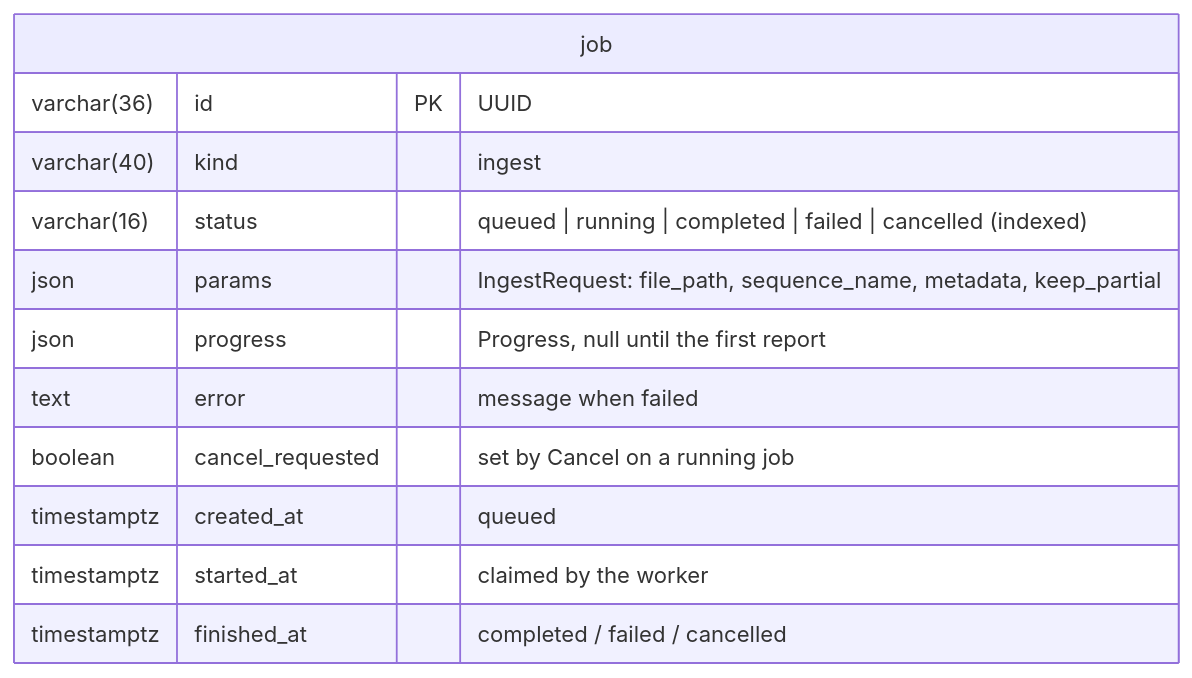
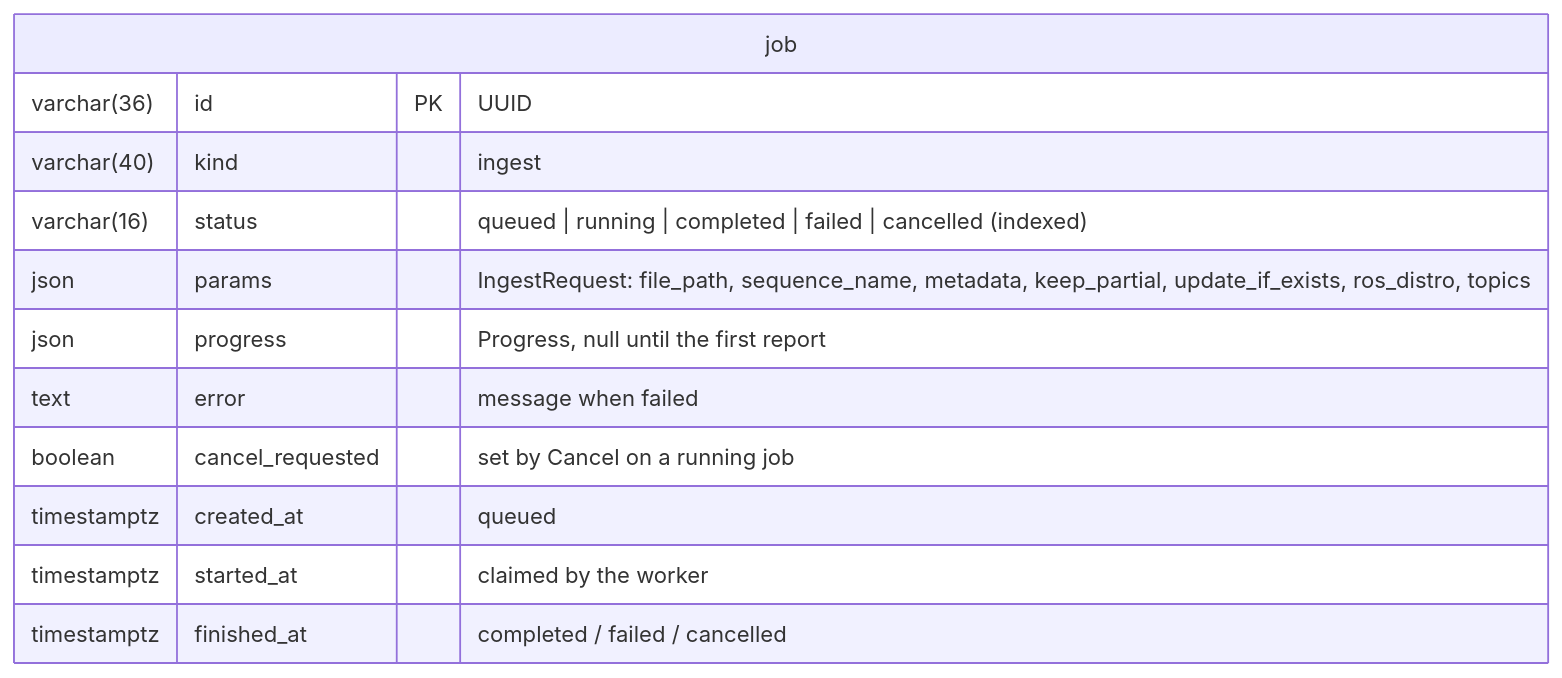
One commit to abhisheknannuri/mosaico changed the third of 9 diagrams in mosaico-dashboard/docs/architecture.md. Above: the diagram before and after it, drawn with Mermaid. The commit also changed other lines of this file and 20 other files, not shown here.

First line of the commit message:
feat: add advanced ingestion options for ROS distribution and partial data handling

````diff
--- a/mosaico-dashboard/docs/architecture.md
+++ b/mosaico-dashboard/docs/architecture.md
@@ -91,15 +91,15 @@
 ```mermaid
 erDiagram
     job {
         varchar(36) id PK "UUID"
         varchar(40) kind "ingest"
         varchar(16) status "queued | running | completed | failed | cancelled (indexed)"
-        json params "IngestRequest: file_path, sequence_name, metadata, keep_partial"
+        json params "IngestRequest: file_path, sequence_name, metadata, keep_partial, update_if_exists, ros_distro, topics"
         json progress "Progress, null until the first report"
         text error "message when failed"
         boolean cancel_requested "set by Cancel on a running job"
         timestamptz created_at "queued"
         timestamptz started_at "claimed by the worker"
         timestamptz finished_at "completed / failed / cancelled"
     }
 ```
````
